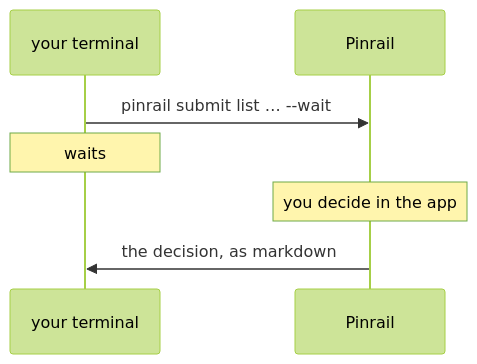
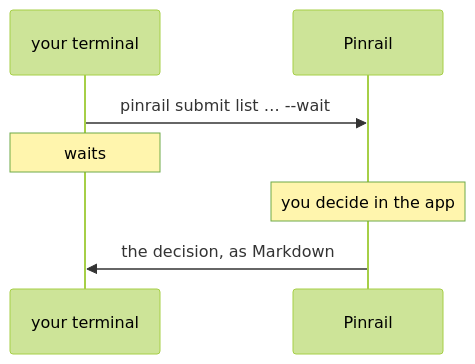
The diagram in docs/getting-started/first-review.md (forgeplane/pinrail), drawn with Mermaid (forest theme) before and after one commit. The commit also changed other lines of this file and 21 other files, not shown here.

````diff
--- a/docs/getting-started/first-review.md
+++ b/docs/getting-started/first-review.md
@@ -8,9 +8,9 @@
-```mermaid title="What you're about to do"
+```mermaid title="The steps on this page"
 sequenceDiagram
   participant T as your terminal
   participant W as Pinrail
   T->>W: pinrail submit list … --wait
   Note over T: waits
   Note over W: you decide in the app
-  W->>T: the decision, as markdown
+  W->>T: the decision, as Markdown
 ```
````
